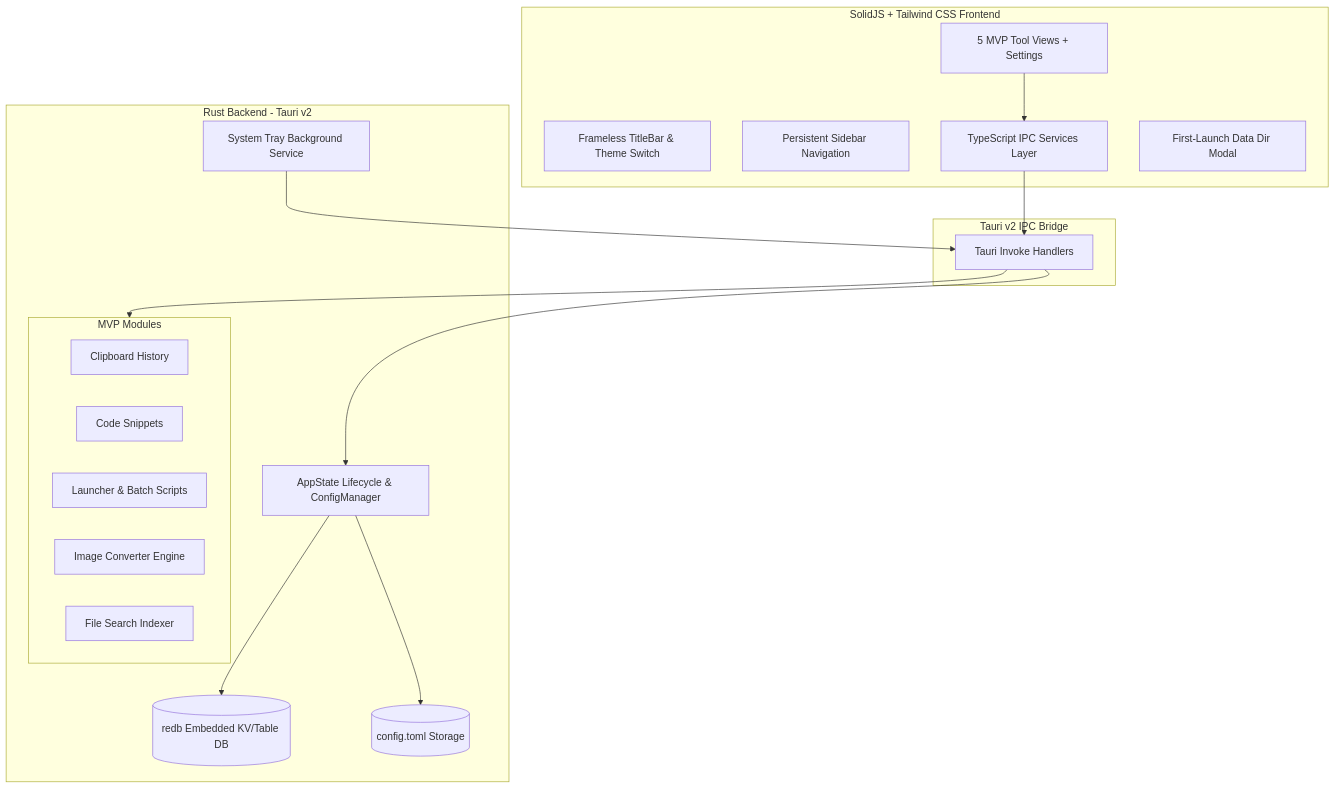
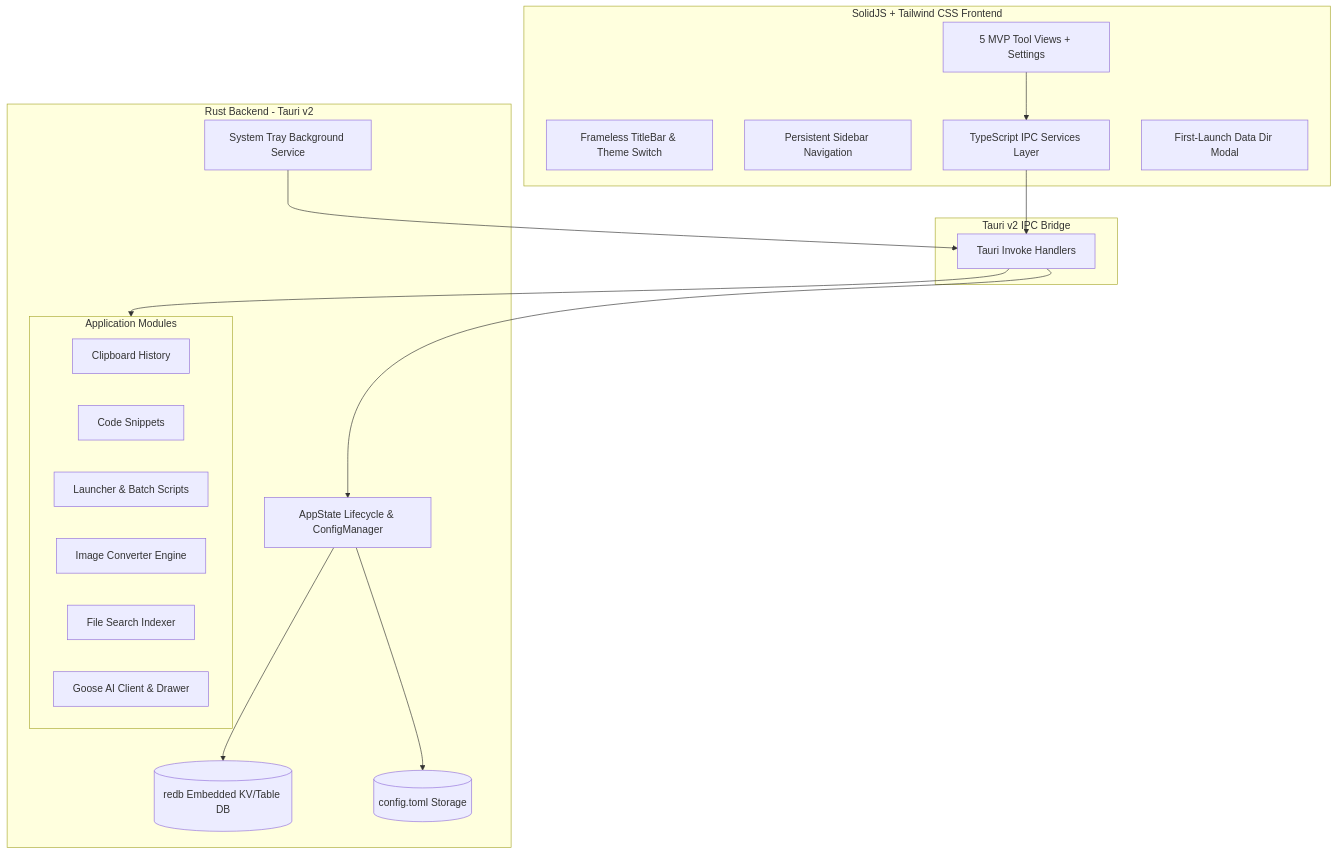
Before and after one commit to BerryUIKI/TheBerry: the diagram in docs/architecture.md, drawn with Mermaid. The commit also changed 21 other files, not shown here.

Commit message:
feat(goose): integrate aaif-goose AI client, dynamic port supervisor, drawer UI sidebar, and comprehensive documentation

````diff
--- a/docs/architecture.md
+++ b/docs/architecture.md
@@ -6,37 +6,38 @@
 ```mermaid
 graph TD
     subgraph Frontend [SolidJS + Tailwind CSS Frontend]
         TitleBar[Frameless TitleBar & Theme Switch]
         Sidebar[Persistent Sidebar Navigation]
         Views[5 MVP Tool Views + Settings]
         Services[TypeScript IPC Services Layer]
         FirstLaunch[First-Launch Data Dir Modal]
     end
 
     subgraph IPC [Tauri v2 IPC Bridge]
         Commands[Tauri Invoke Handlers]
     end
 
     subgraph Backend [Rust Backend - Tauri v2]
         CoreState[AppState Lifecycle & ConfigManager]
         Tray[System Tray Background Service]
         Redb[(redb Embedded KV/Table DB)]
         TomlConfig[(config.toml Storage)]
         
-        subgraph Modules [MVP Modules]
+        subgraph Modules [Application Modules]
             M1[Clipboard History]
             M2[Code Snippets]
             M3[Launcher & Batch Scripts]
             M4[Image Converter Engine]
             M5[File Search Indexer]
+            M6[Goose AI Client & Drawer]
         end
     end
 
     Views --> Services
     Services --> Commands
     Commands --> CoreState
     CoreState --> Redb
     CoreState --> TomlConfig
     Commands --> Modules
     Tray --> Commands
 ```
````
